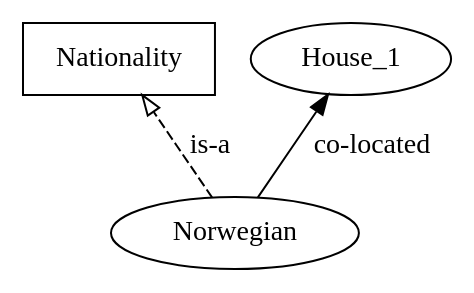
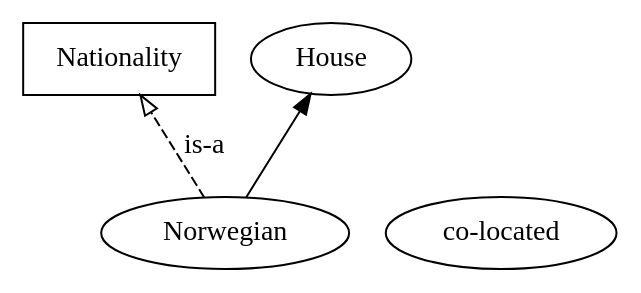
Before and after one commit to agutikov/ein: the first of 6 diagrams in docs/kernel/ir/01-ein-graph/01_kb.md, drawn with Graphviz. The commit also changed other lines of this file and 90 other files, not shown here.

````diff
--- a/docs/kernel/ir/01-ein-graph/01_kb.md
+++ b/docs/kernel/ir/01-ein-graph/01_kb.md
@@ -50,10 +50,10 @@
 ```dot
 digraph compact_view {
   rankdir=BT;
   Nationality [shape=box];
   Norwegian   [shape=ellipse];
-  House_1     [shape=ellipse];
+  House-1     [shape=ellipse];
   Norwegian -> Nationality [label="is-a", style=dashed, arrowhead=empty];
-  Norwegian -> House_1     [label="co-located"];
+  Norwegian -> House-1     [label="co-located"];
 }
 ```
````
